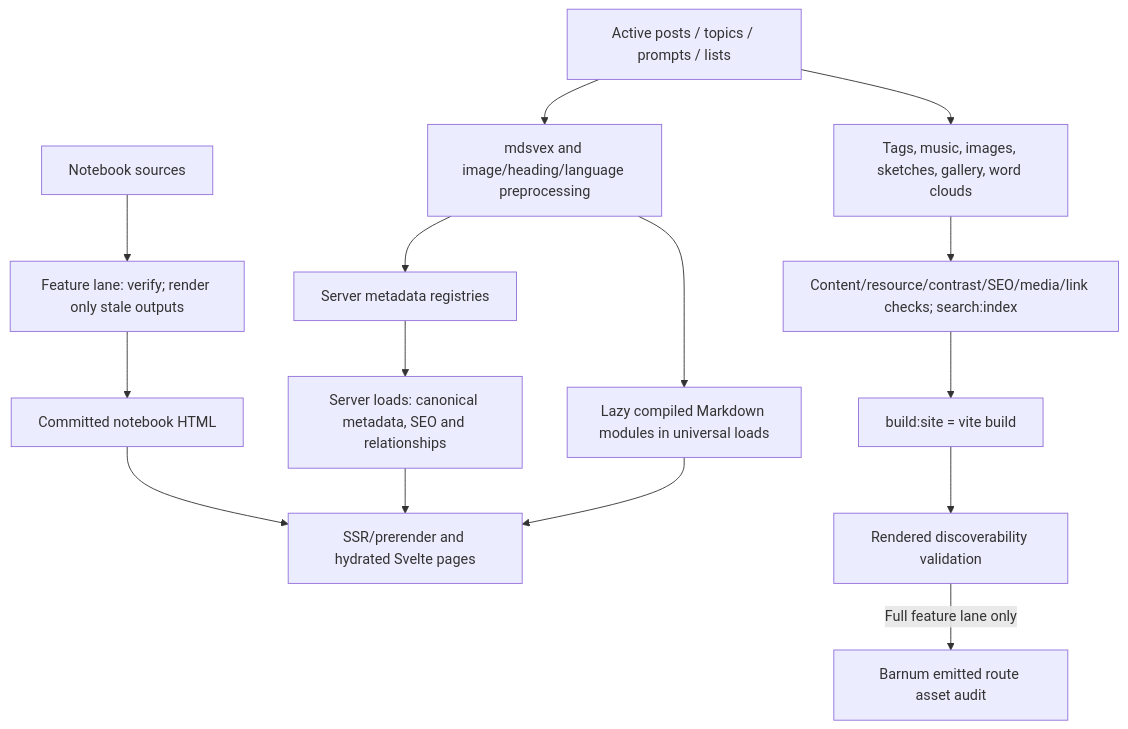
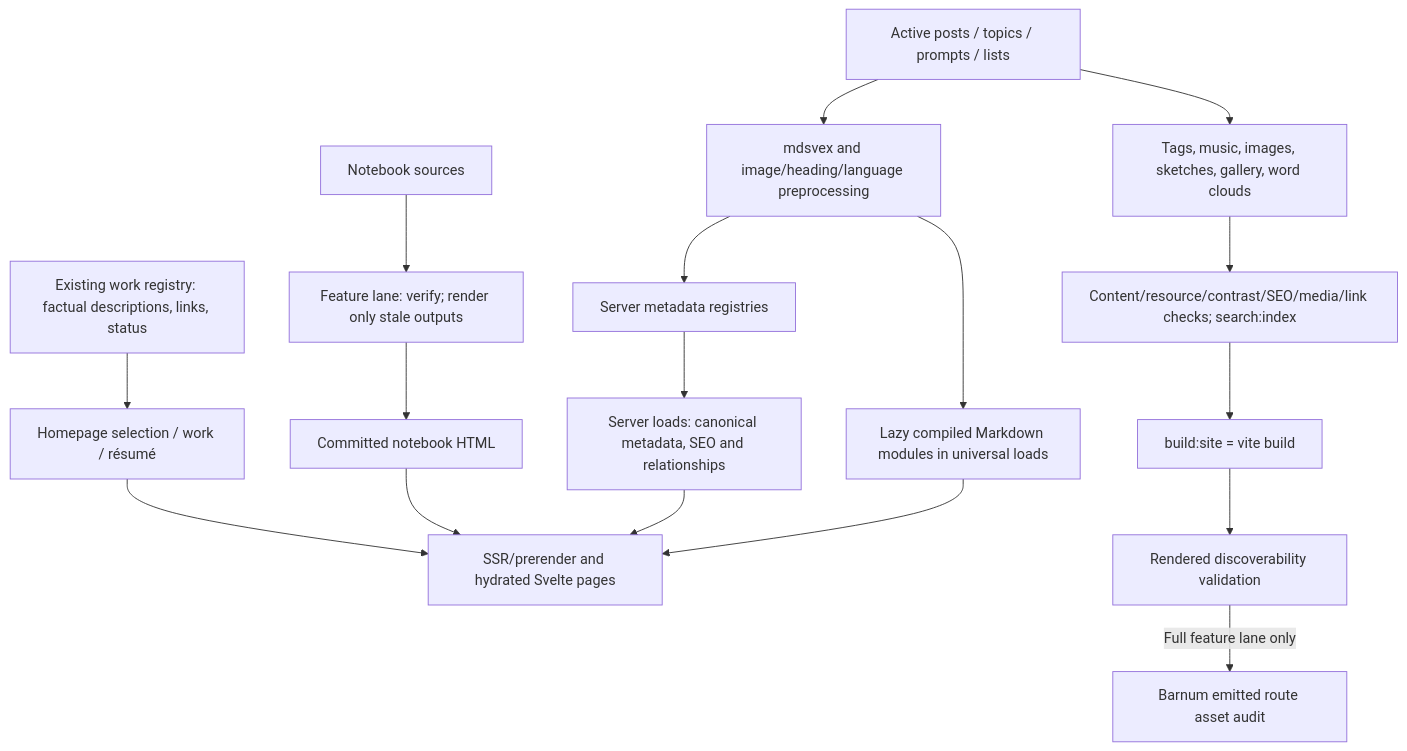
Before and after one commit to suvrotica/suvroghosh-in: the second of 8 diagrams in docs/architecture/ARCHITECTURE.md, drawn with Mermaid. The commit also changed other lines of this file and 28 other files, not shown here.

````diff
--- a/docs/architecture/ARCHITECTURE.md
+++ b/docs/architecture/ARCHITECTURE.md
@@ -127,17 +131,19 @@
 ```mermaid
 flowchart TB
+    Work["Existing work registry: factual descriptions, links, status"] --> WorkLoad["Homepage selection / work / résumé"]
+    WorkLoad --> Page
     MD["Active posts / topics / prompts / lists"] --> Preprocess["mdsvex and image/heading/language preprocessing"]
     MD --> Generate["Tags, music, images, sketches, gallery, word clouds"]
     NotebookSource["Notebook sources"] --> NotebookPrepare["Feature lane: verify; render only stale outputs"]
     NotebookPrepare --> NotebookHTML["Committed notebook HTML"]
     NotebookHTML --> Page
     Generate --> Validate["Content/resource/contrast/SEO/media/link checks; search:index"]
     Preprocess --> Metadata["Server metadata registries"]
     Preprocess --> Body["Lazy compiled Markdown modules in universal loads"]
     Metadata --> Data["Server loads: canonical metadata, SEO and relationships"]
     Data --> Page["SSR/prerender and hydrated Svelte pages"]
     Body --> Page
     Validate --> Build["build:site = vite build"]
     Build --> Postchecks["Rendered discoverability validation"]
     Postchecks -->|Full feature lane only| BarnumCheck["Barnum emitted route asset audit"]
 ```
````
